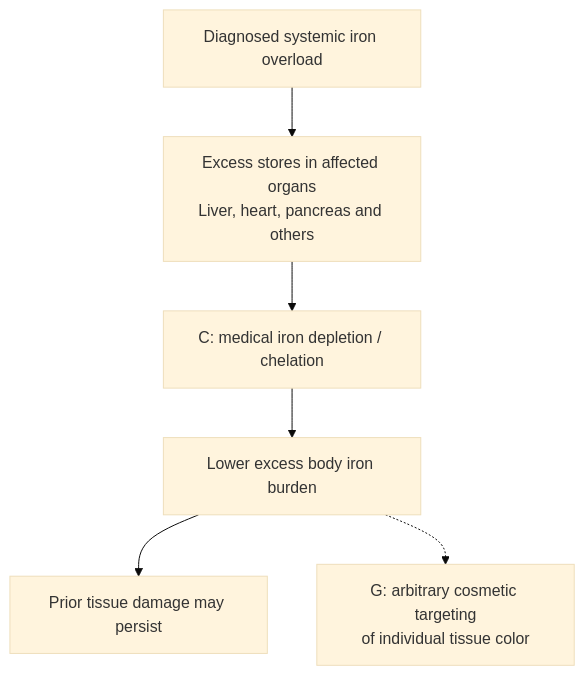
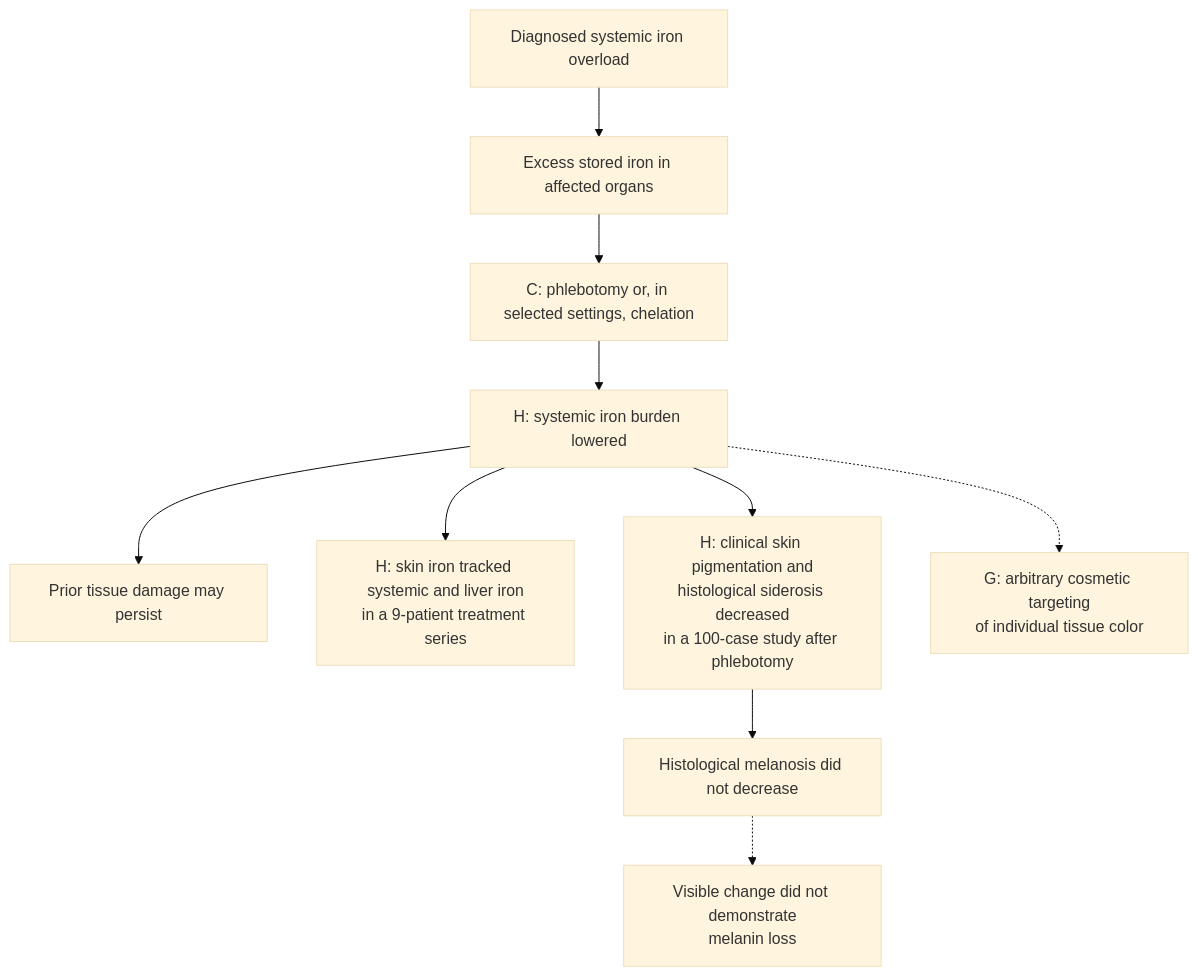
Diagram 29 of 42 in research/tissue-pigment-atlas.md (dylanstechmann/iris-color-without-contacts), drawn with Mermaid (base theme) before and after one commit. The commit also changed other lines of this file, not shown here.

Commit message:
Separate iron and melanin skin responses

````diff
--- a/research/tissue-pigment-atlas.md
+++ b/research/tissue-pigment-atlas.md
@@ -825,8 +825,12 @@
 ```mermaid
 flowchart TD
-    I["Diagnosed systemic iron overload"] --> O["Excess stores in affected organs<br/>Liver, heart, pancreas and others"]
-    O --> C["C: medical iron depletion / chelation"]
-    C --> L["Lower excess body iron burden"]
+    I["Diagnosed systemic iron overload"] --> O["Excess stored iron in affected organs"]
+    O --> C["C: phlebotomy or, in selected settings, chelation"]
+    C --> L["H: systemic iron burden lowered"]
     L --> U["Prior tissue damage may persist"]
-    L -.-> G["G: arbitrary cosmetic targeting<br/>of individual tissue color"]
+    L --> SI["H: skin iron tracked systemic and liver iron<br/>in a 9-patient treatment series"]
+    L --> P["H: clinical skin pigmentation and<br/>histological siderosis decreased<br/>in a 100-case study after phlebotomy"]
+    P --> M["Histological melanosis did not decrease"]
+    M -.-> G["Visible change did not demonstrate<br/>melanin loss"]
+    L -.-> X["G: arbitrary cosmetic targeting<br/>of individual tissue color"]
 ```
````
